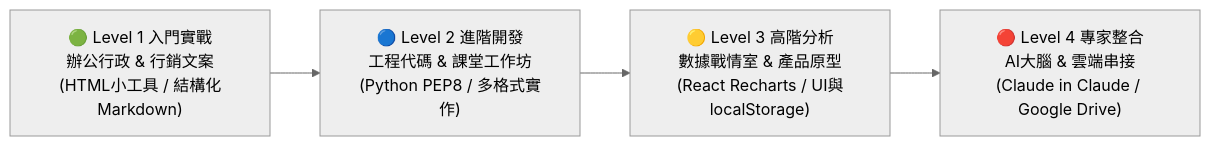
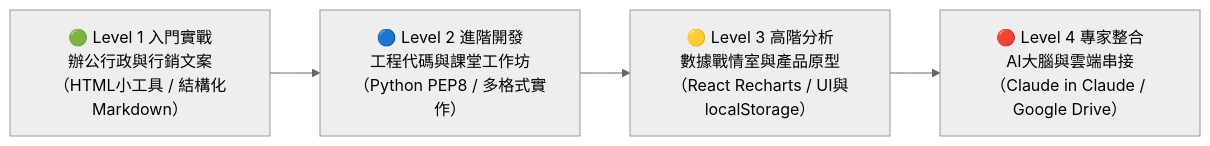
One commit to roberthsu2003/workflow-productivity changed the third of 3 diagrams in Claude_ai/Artifacts/README.md. Above: the diagram before and after it, drawn with Mermaid (neutral theme). The commit also changed other lines of this file, not shown here.

````diff
--- a/Claude_ai/Artifacts/README.md
+++ b/Claude_ai/Artifacts/README.md
@@ -154,6 +154,6 @@
 ```mermaid
 graph LR
-    L1["🟢 Level 1 入門實戰<br/>辦公行政 & 行銷文案<br/>(HTML小工具 / 結構化Markdown)"] --> L2["🔵 Level 2 進階開發<br/>工程代碼 & 課堂工作坊<br/>(Python PEP8 / 多格式實作)"]
-    L2 --> L3["🟡 Level 3 高階分析<br/>數據戰情室 & 產品原型<br/>(React Recharts / UI與localStorage)"]
-    L3 --> L4["🔴 Level 4 專家整合<br/>AI大腦 & 雲端串接<br/>(Claude in Claude / Google Drive)"]
+    L1["🟢 Level 1 入門實戰<br/>辦公行政與行銷文案<br/>（HTML小工具 / 結構化Markdown）"] --> L2["🔵 Level 2 進階開發<br/>工程代碼與課堂工作坊<br/>（Python PEP8 / 多格式實作）"]
+    L2 --> L3["🟡 Level 3 高階分析<br/>數據戰情室與產品原型<br/>（React Recharts / UI與localStorage）"]
+    L3 --> L4["🔴 Level 4 專家整合<br/>AI大腦與雲端串接<br/>（Claude in Claude / Google Drive）"]
 ```
````
